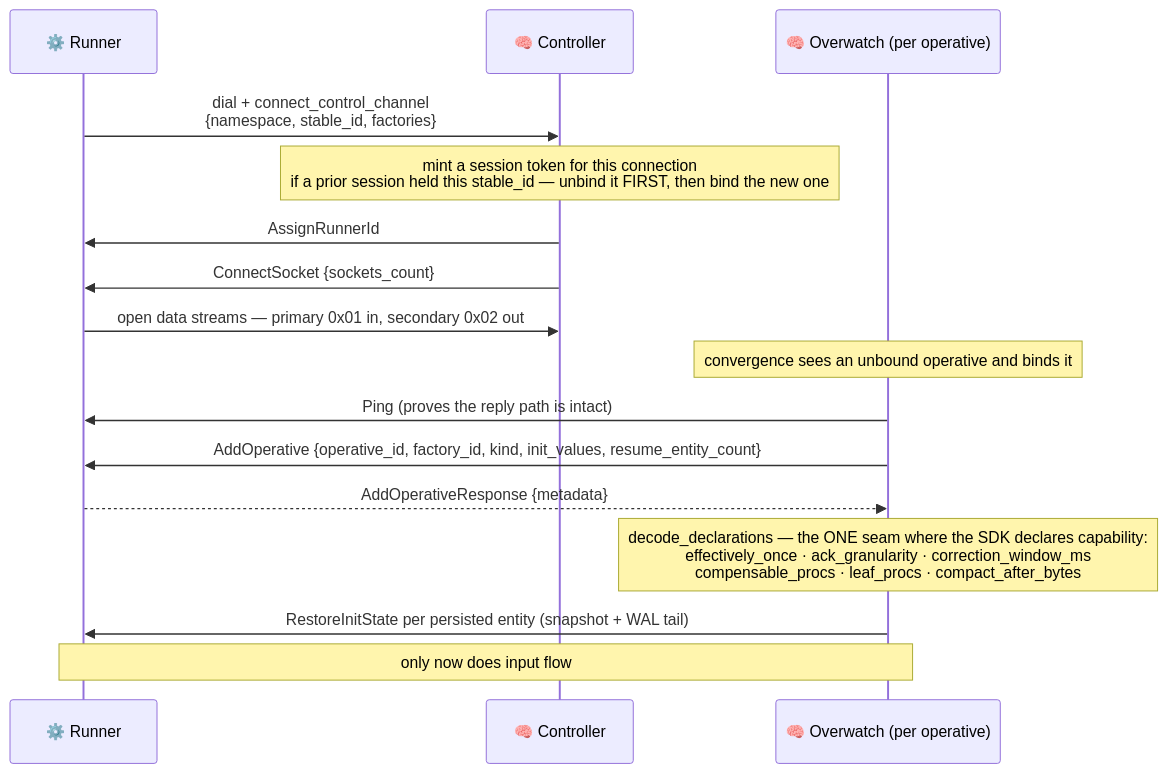
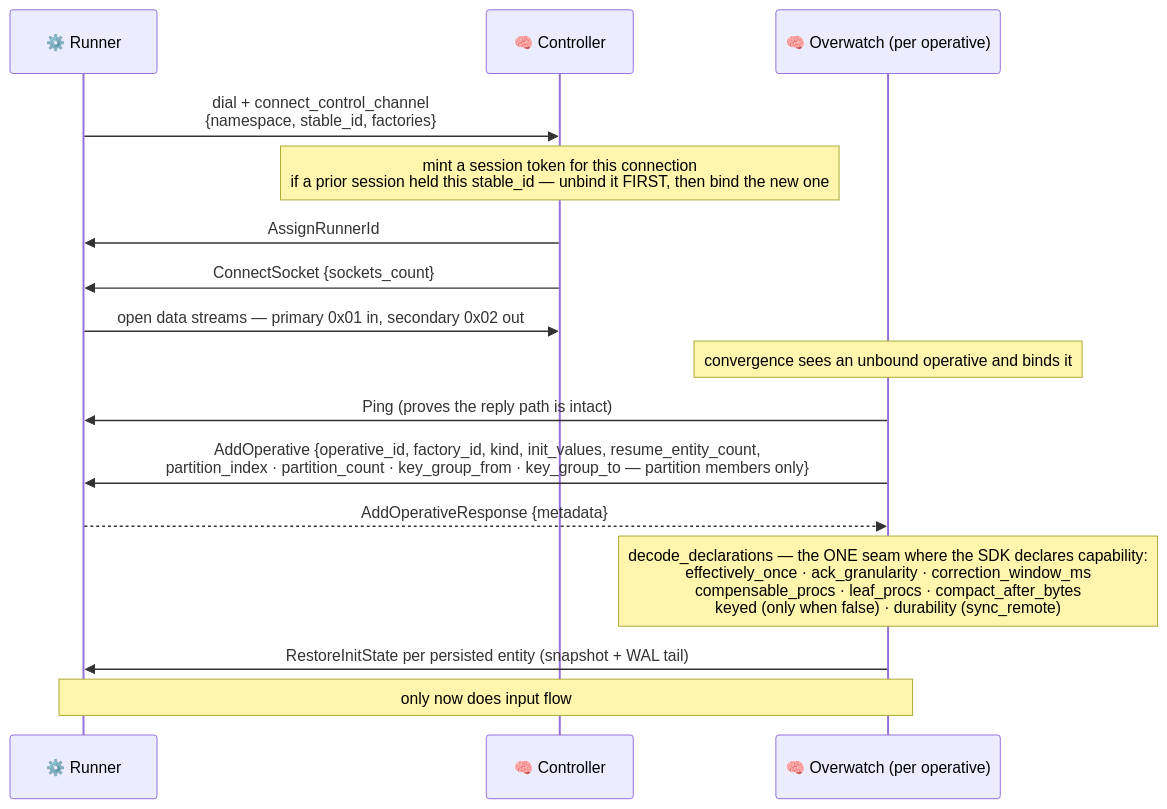
Before and after one commit to Flezha/flezha: the seventh of 9 diagrams in docs/architecture/README.md, drawn with Mermaid. The commit also changed other lines of this file and 22 other files, not shown here.

First line of the commit message:
docs: sync diagrams and docs with partitions, the remote tier, and the single-actor control plane

````diff
--- a/docs/architecture/README.md
+++ b/docs/architecture/README.md
@@ -382,20 +391,20 @@
 ```mermaid
 sequenceDiagram
     participant EX as ⚙️ Runner
     participant CTRL as 🧠 Controller
     participant OW as 🧠 Overwatch (per operative)
 
     EX->>CTRL: dial + connect_control_channel<br/>{namespace, stable_id, factories}
     Note over CTRL: mint a session token for this connection<br/>if a prior session held this stable_id — unbind it FIRST, then bind the new one
     CTRL->>EX: AssignRunnerId
     CTRL->>EX: ConnectSocket {sockets_count}
     EX->>CTRL: open data streams — primary 0x01 in, secondary 0x02 out
 
     Note over OW: convergence sees an unbound operative and binds it
     OW->>EX: Ping (proves the reply path is intact)
-    OW->>EX: AddOperative {operative_id, factory_id, kind, init_values, resume_entity_count}
+    OW->>EX: AddOperative {operative_id, factory_id, kind, init_values, resume_entity_count,<br/>partition_index · partition_count · key_group_from · key_group_to — partition members only}
     EX-->>OW: AddOperativeResponse {metadata}
-    Note over OW: decode_declarations — the ONE seam where the SDK declares capability:<br/>effectively_once · ack_granularity · correction_window_ms<br/>compensable_procs · leaf_procs · compact_after_bytes
+    Note over OW: decode_declarations — the ONE seam where the SDK declares capability:<br/>effectively_once · ack_granularity · correction_window_ms<br/>compensable_procs · leaf_procs · compact_after_bytes<br/>keyed (only when false) · durability (sync_remote)
     OW->>EX: RestoreInitState per persisted entity (snapshot + WAL tail)
     Note over OW,EX: only now does input flow
 ```
````
